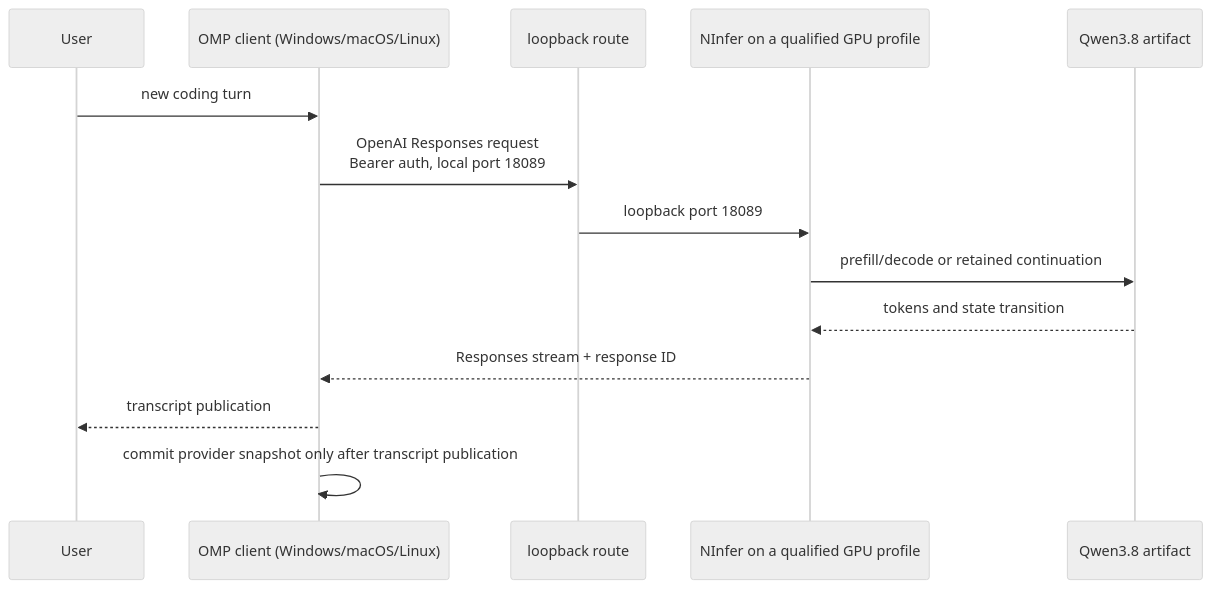
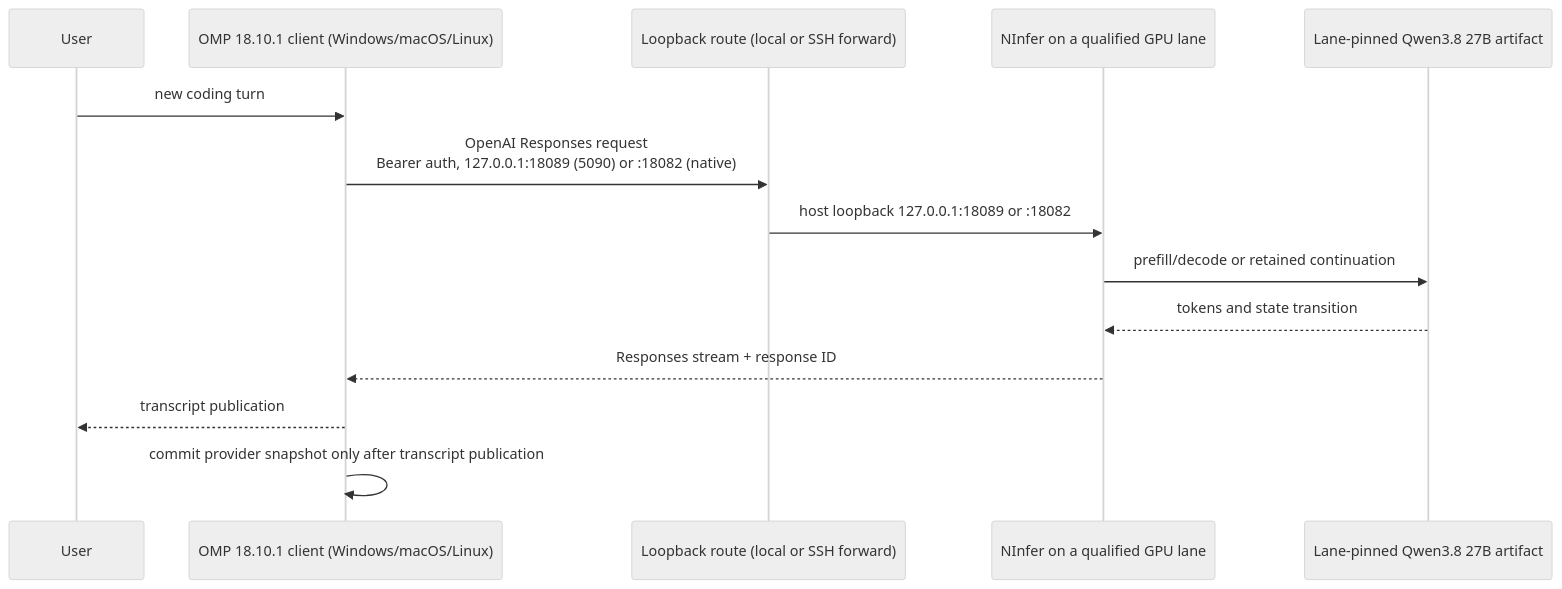
The diagram in docs/ARCHITECTURE.md (alphastorm/omp-ninfer), drawn with Mermaid (neutral theme) before and after one commit. The commit also changed other lines of this file and 23 other files, not shown here.

````diff
--- a/docs/ARCHITECTURE.md
+++ b/docs/ARCHITECTURE.md
@@ -9,17 +12,17 @@
 ```mermaid
 sequenceDiagram
     participant User
-    participant OMP as OMP client (Windows/macOS/Linux)
-    participant Route as loopback route
-    participant NInfer as NInfer on a qualified GPU profile
-    participant GPU as Qwen3.8 artifact
+    participant OMP as OMP 18.10.1 client (Windows/macOS/Linux)
+    participant Route as Loopback route (local or SSH forward)
+    participant NInfer as NInfer on a qualified GPU lane
+    participant GPU as Lane-pinned Qwen3.8 27B artifact
 
     User->>OMP: new coding turn
-    OMP->>Route: OpenAI Responses request<br/>Bearer auth, local port 18089
-    Route->>NInfer: loopback port 18089
+    OMP->>Route: OpenAI Responses request<br/>Bearer auth, 127.0.0.1:18089 (5090) or :18082 (native)
+    Route->>NInfer: host loopback 127.0.0.1:18089 or :18082
     NInfer->>GPU: prefill/decode or retained continuation
     GPU-->>NInfer: tokens and state transition
     NInfer-->>OMP: Responses stream + response ID
     OMP-->>User: transcript publication
     OMP->>OMP: commit provider snapshot only after transcript publication
 ```
````
